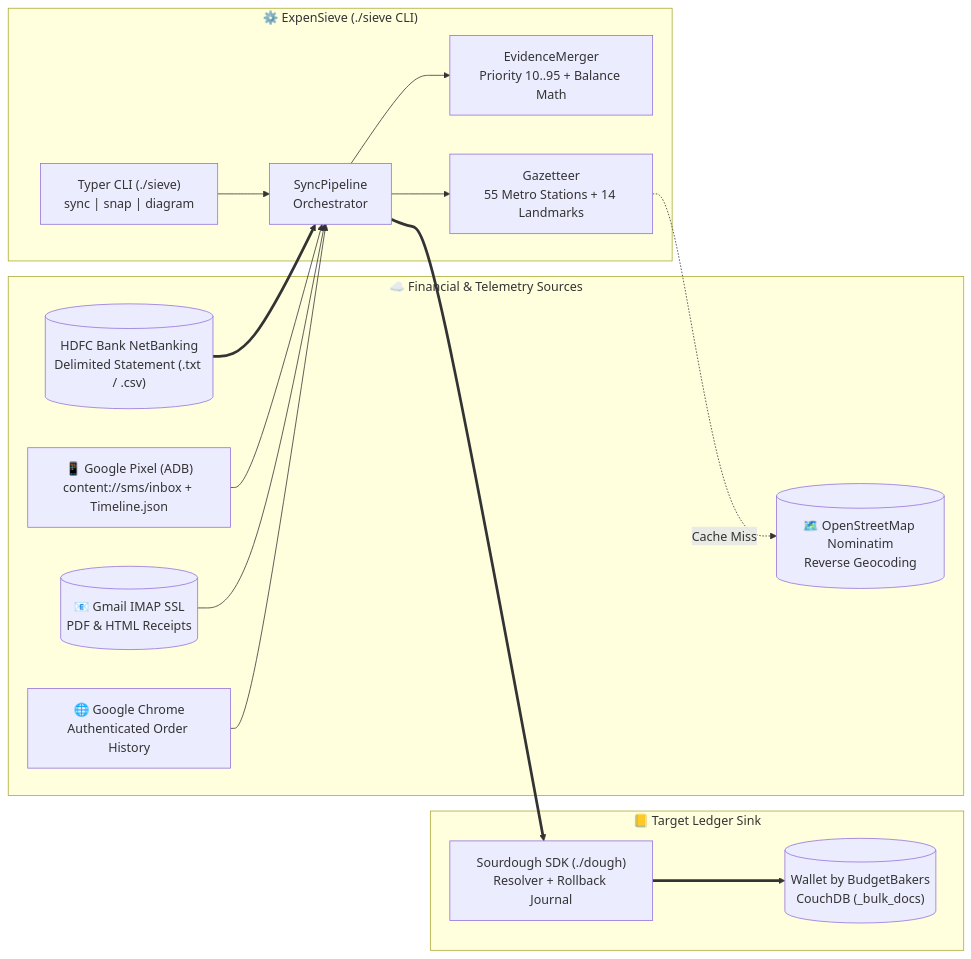
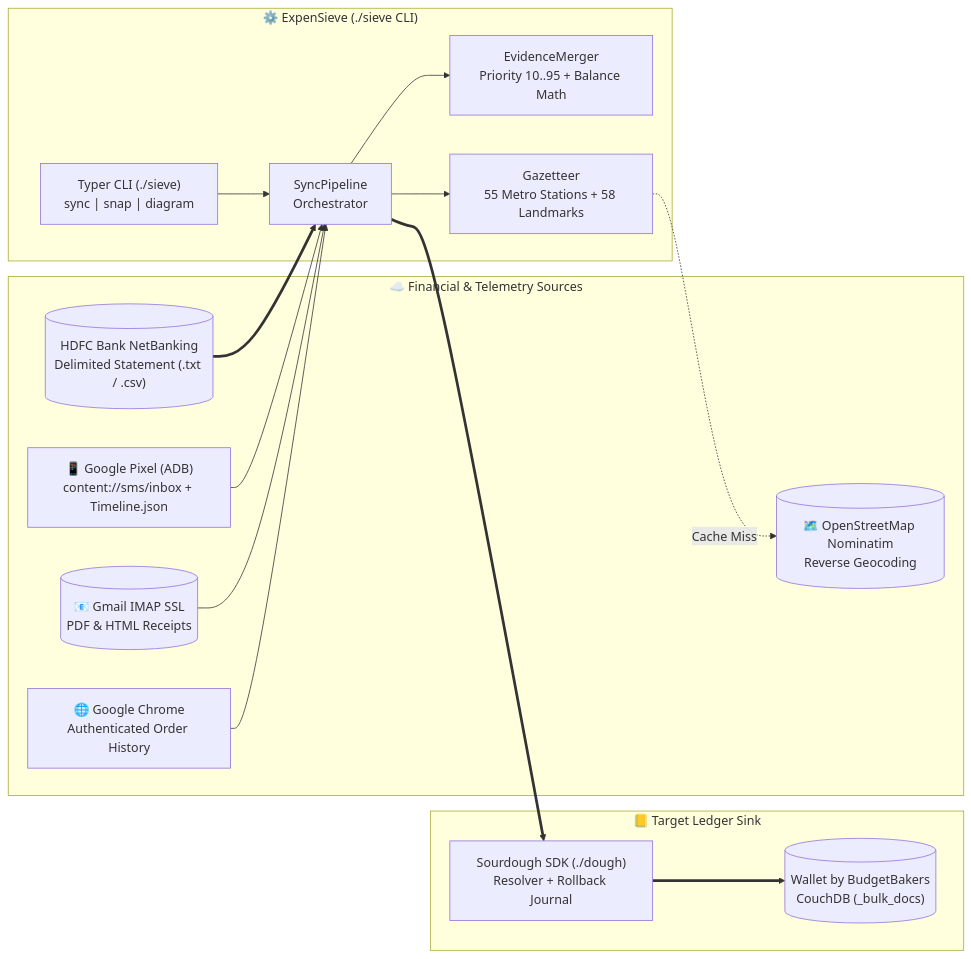
The first of 3 diagrams in ARCHITECTURE.md (Darshan-AS/expensieve), drawn with Mermaid before and after one commit. The commit also changed 14 other files, not shown here.

````diff
--- a/ARCHITECTURE.md
+++ b/ARCHITECTURE.md
@@ -27,30 +27,30 @@
 ```mermaid
 flowchart LR
     subgraph Sources["☁️ Financial & Telemetry Sources"]
         HDFC[("HDFC Bank NetBanking\nDelimited Statement (.txt / .csv)")]
         PIXEL["📱 Google Pixel (ADB)\ncontent://sms/inbox + Timeline.json"]
         GMAIL[("📧 Gmail IMAP SSL\nPDF & HTML Receipts")]
         CHROME["🌐 Google Chrome\nAuthenticated Order History"]
         OSM[("🗺️ OpenStreetMap Nominatim\nReverse Geocoding")]
     end
 
     subgraph Engine["⚙️ ExpenSieve (./sieve CLI)"]
         CLI["Typer CLI (./sieve)\nsync | snap | diagram"]
         PIPE["SyncPipeline\nOrchestrator"]
         MERGER["EvidenceMerger\nPriority 10..95 + Balance Math"]
-        GAZ["Gazetteer\n55 Metro Stations + 14 Landmarks"]
+        GAZ["Gazetteer\n55 Metro Stations + 58 Landmarks"]
         CLI --> PIPE --> MERGER
         PIPE --> GAZ
     end
 
     subgraph Sink["📒 Target Ledger Sink"]
         DOUGH["Sourdough SDK (./dough)\nResolver + Rollback Journal"]
         WALLET[("Wallet by BudgetBakers\nCouchDB (_bulk_docs)")]
         DOUGH ==> WALLET
     end
 
     HDFC ==> PIPE
     PIXEL & GMAIL & CHROME --> PIPE
     GAZ -. "Cache Miss" .-> OSM
     PIPE ==> DOUGH
 ```
````
